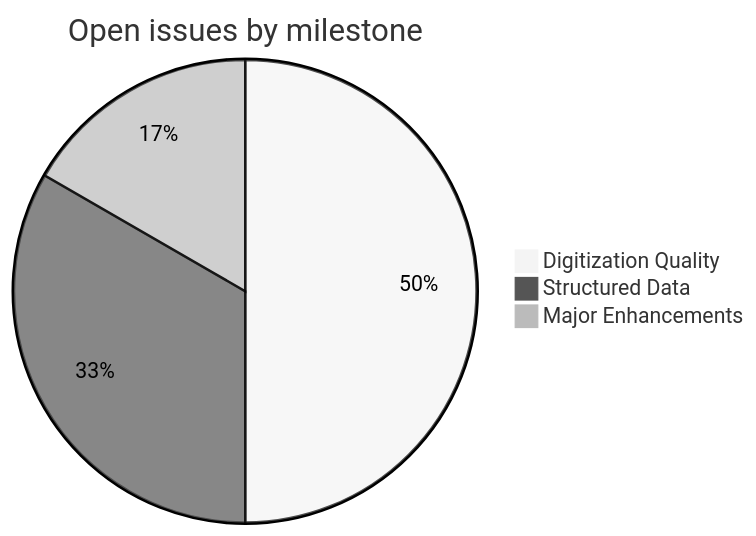
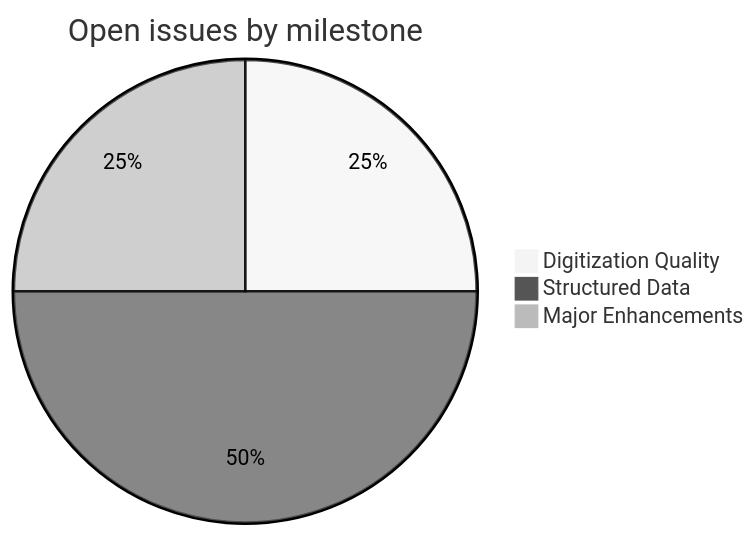
Before and after one commit to sanskrit-lexicon/DCS: the second of 3 diagrams in README.md, drawn with Mermaid (neutral theme). The commit also changed other lines of this file, not shown here.

````diff
--- a/README.md
+++ b/README.md
@@ -74,6 +77,6 @@
 ```mermaid
 pie title Open issues by milestone
-  "Digitization Quality" : 3
+  "Digitization Quality" : 1
   "Structured Data" : 2
   "Major Enhancements" : 1
 ```
````
